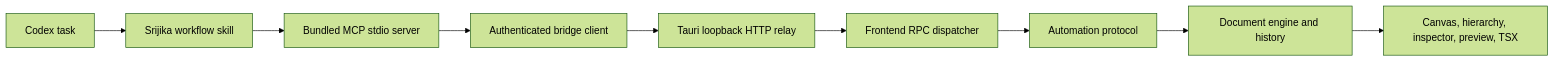
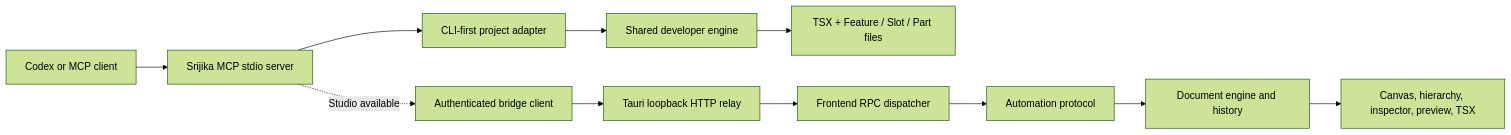
The diagram in docs/codex-plugin-architecture.md (bestmaa/srijika-studio), drawn with Mermaid (forest theme) before and after one commit. The commit also changed other lines of this file and 37 other files, not shown here.

Commit message:
feat: add CLI-first project MCP workflow

````diff
--- a/docs/codex-plugin-architecture.md
+++ b/docs/codex-plugin-architecture.md
@@ -7,11 +11,13 @@
 ```mermaid
 flowchart LR
-  C["Codex task"] --> S["Srijika workflow skill"]
-  S --> M["Bundled MCP stdio server"]
-  M --> B["Authenticated bridge client"]
+  C["Codex or MCP client"] --> M["Srijika MCP stdio server"]
+  M --> P["CLI-first project adapter"]
+  P --> E["Shared developer engine"]
+  E --> T["TSX + Feature / Slot / Part files"]
+  M -. "Studio available" .-> B["Authenticated bridge client"]
   B --> H["Tauri loopback HTTP relay"]
   H --> R["Frontend RPC dispatcher"]
   R --> A["Automation protocol"]
   A --> D["Document engine and history"]
   D --> V["Canvas, hierarchy, inspector, preview, TSX"]
 ```
````
